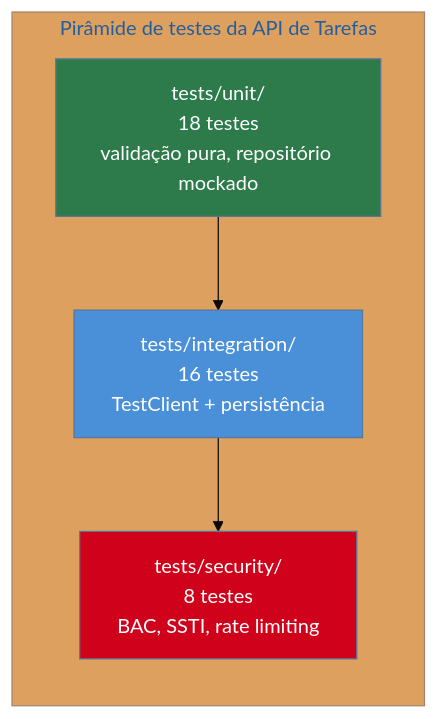
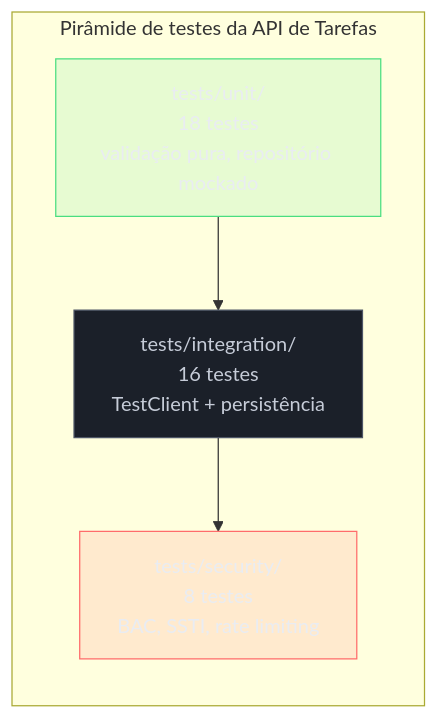
The fourth of 4 diagrams in 03-Dominios/Tecnologia/Python/Testes/09 - Capstone — a suíte de testes da API de Tarefas.md (josenaldo/codex-technomanticus), drawn with Mermaid before and after one commit. The commit also changed other lines of this file and 1181 other files, not shown here.

First line of the commit message:
fix(diagramas): paleta do sistema no lugar de cor cravada no markdown

````diff
--- a/03-Dominios/Tecnologia/Python/Testes/09 - Capstone — a suíte de testes da API de Tarefas.md
+++ b/03-Dominios/Tecnologia/Python/Testes/09 - Capstone — a suíte de testes da API de Tarefas.md
@@ -545,16 +548,18 @@
 ```mermaid
-%%{init: {"theme": "base", "themeVariables": {"primaryColor": "#4A90D9"}}}%%
 flowchart TD
+    classDef ok fill:#4ADE8021,stroke:#4ADE80,color:#E9ECF2
+    classDef neutro fill:#1B2029,stroke:#4E5666,color:#C6CCD8
+    classDef falha fill:#FF6B6B24,stroke:#FF6B6B,color:#E9ECF2
     subgraph Piramide["Pirâmide de testes da API de Tarefas"]
         direction TB
         SEG["tests/security/\n8 testes\nBAC, SSTI, rate limiting"]
         INTEG["tests/integration/\n16 testes\nTestClient + persistência"]
         UNIT["tests/unit/\n18 testes\nvalidação pura, repositório mockado"]
     end
 
     UNIT --> INTEG --> SEG
 
-    style UNIT fill:#2d7a4a,color:#fff
-    style INTEG fill:#4A90D9,color:#fff
-    style SEG fill:#D0021B,color:#fff
+    class UNIT ok
+    class INTEG neutro
+    class SEG falha
 ```
````
